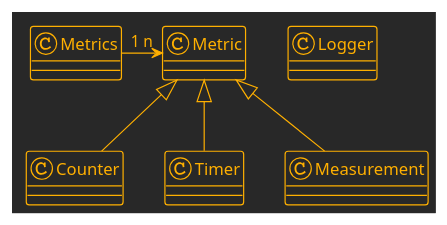
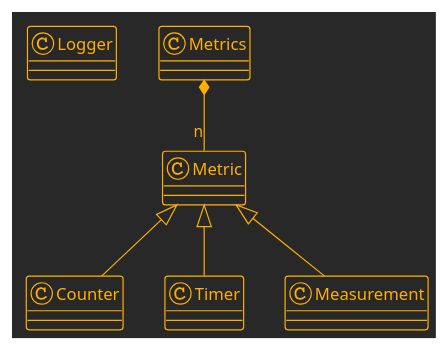
The tenth of 10 diagrams in DESIGN_CONCEPTS.md (marknelsonengineer/empire), drawn with PlantUML before and after one commit. The commit also changed other lines of this file and 1 other file, not shown here.

```diff
--- a/DESIGN_CONCEPTS.md
+++ b/DESIGN_CONCEPTS.md
@@ -334,17 +334,17 @@
 @startuml
 !theme crt-amber
 
 class Logger
 class Metrics
 class Metric
 class Counter
 class Timer
 class Measurement
 
-Metrics "1" -right-> "n" Metric
+Metrics *-- "n" Metric
 
 Metric <|-- Counter
 Metric <|-- Timer
 Metric <|-- Measurement
 
 @enduml
```
